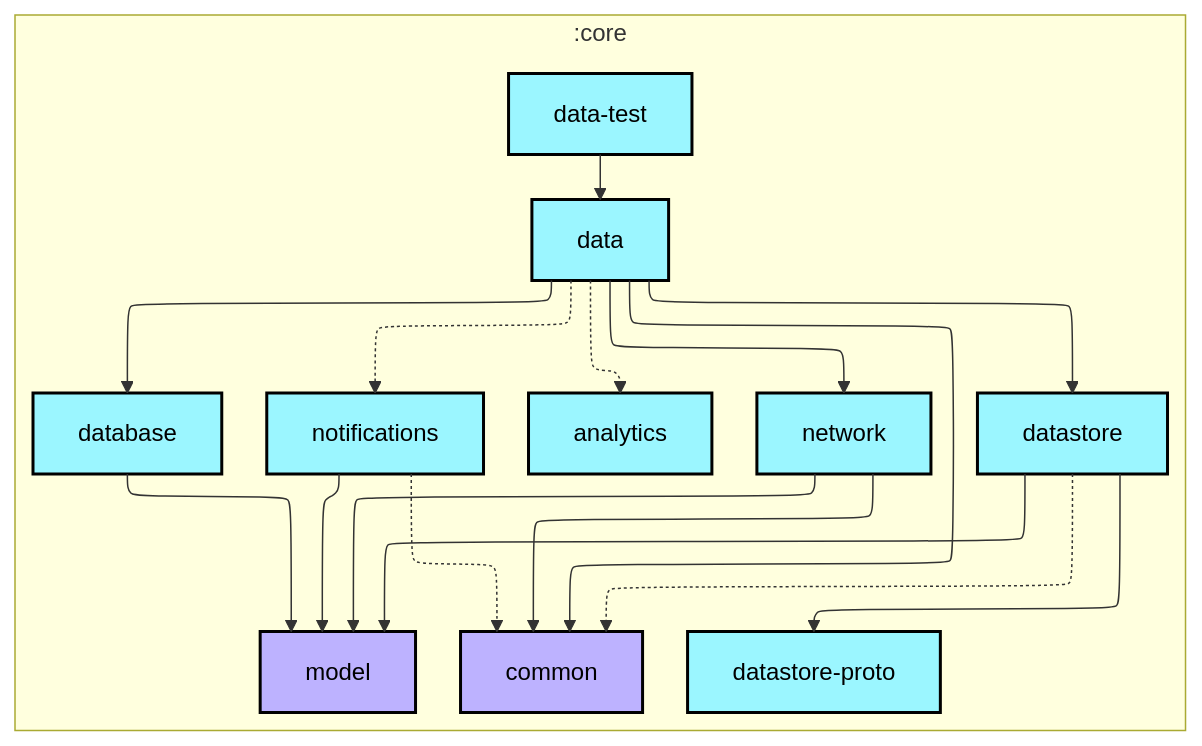
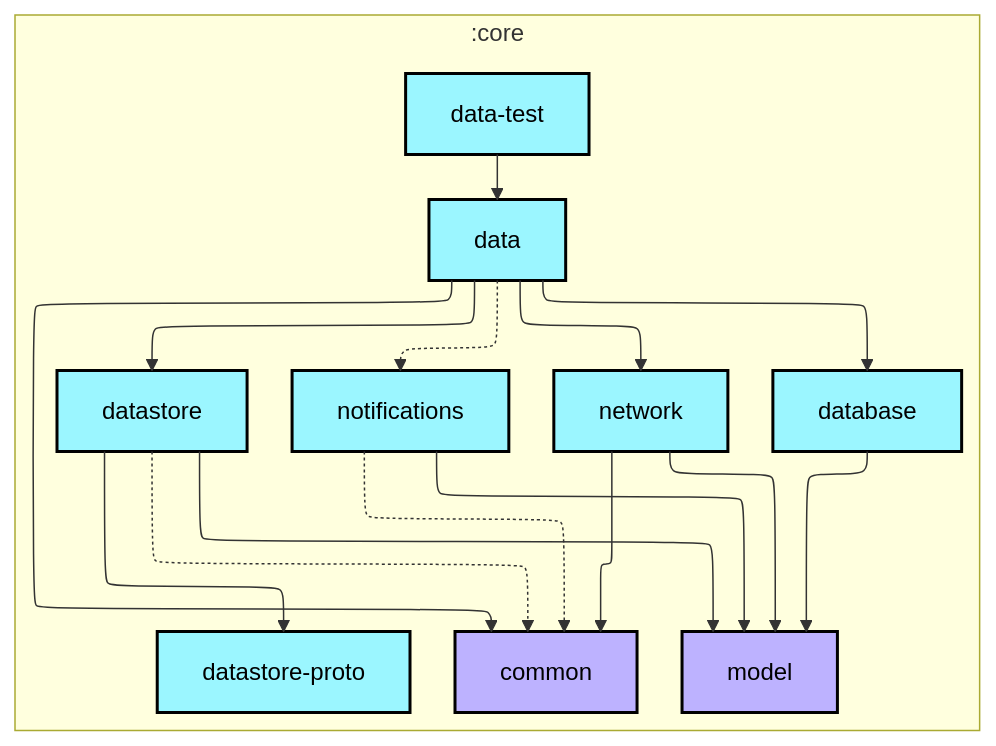
The first of 2 diagrams in core/data-test/README.md (AshishMK/JetUpdates), drawn with Mermaid before and after one commit. The commit also changed 15 other files, not shown here.

Commit message:
🤖 Updates graphs

````diff
--- a/core/data-test/README.md
+++ b/core/data-test/README.md
@@ -6,45 +6,43 @@
 ```mermaid
 ---
 config:
   layout: elk
   elk:
     nodePlacementStrategy: SIMPLE
 ---
 graph TB
   subgraph :core
     direction TB
-    :core:analytics[analytics]:::android-library
     :core:common[common]:::jvm-library
     :core:data[data]:::android-library
     :core:data-test[data-test]:::android-library
     :core:database[database]:::android-library
     :core:datastore[datastore]:::android-library
     :core:datastore-proto[datastore-proto]:::android-library
     :core:model[model]:::jvm-library
     :core:network[network]:::android-library
     :core:notifications[notifications]:::android-library
   end
 
-  :core:data -.-> :core:analytics
   :core:data --> :core:common
   :core:data --> :core:database
   :core:data --> :core:datastore
   :core:data --> :core:network
   :core:data -.-> :core:notifications
   :core:data-test --> :core:data
   :core:database --> :core:model
   :core:datastore -.-> :core:common
   :core:datastore --> :core:datastore-proto
   :core:datastore --> :core:model
   :core:network --> :core:common
   :core:network --> :core:model
   :core:notifications -.-> :core:common
   :core:notifications --> :core:model
 
 classDef android-application fill:#CAFFBF,stroke:#000,stroke-width:2px,color:#000;
 classDef android-feature fill:#FFD6A5,stroke:#000,stroke-width:2px,color:#000;
 classDef android-library fill:#9BF6FF,stroke:#000,stroke-width:2px,color:#000;
 classDef android-test fill:#A0C4FF,stroke:#000,stroke-width:2px,color:#000;
 classDef jvm-library fill:#BDB2FF,stroke:#000,stroke-width:2px,color:#000;
 classDef unknown fill:#FFADAD,stroke:#000,stroke-width:2px,color:#000;
 ```
````
